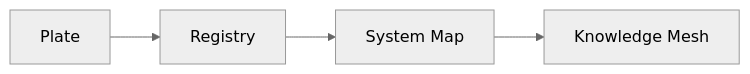
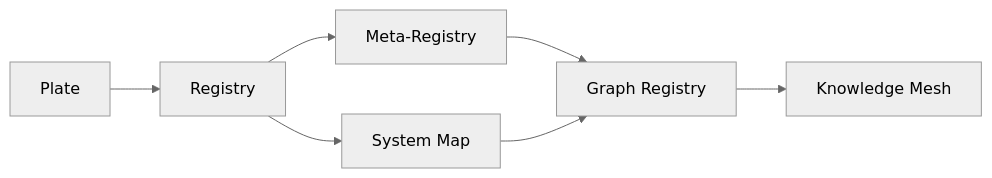
Before and after one commit to RobbieRazor/robbies-razor-benchmarks: the second of 2 diagrams in docs/PROJECT_ARCHITECTURE.md, drawn with Mermaid (neutral theme). The commit also changed other lines of this file, not shown here.

````diff
--- a/docs/PROJECT_ARCHITECTURE.md
+++ b/docs/PROJECT_ARCHITECTURE.md
@@ -269,6 +459,9 @@
 ```mermaid
 flowchart LR
     A[Plate] --> B[Registry]
-    B --> C[System Map]
-    C --> D[Knowledge Mesh]
+    B --> C[Meta-Registry]
+    B --> D[System Map]
+    C --> E[Graph Registry]
+    D --> E
+    E --> F[Knowledge Mesh]
 ```
````
